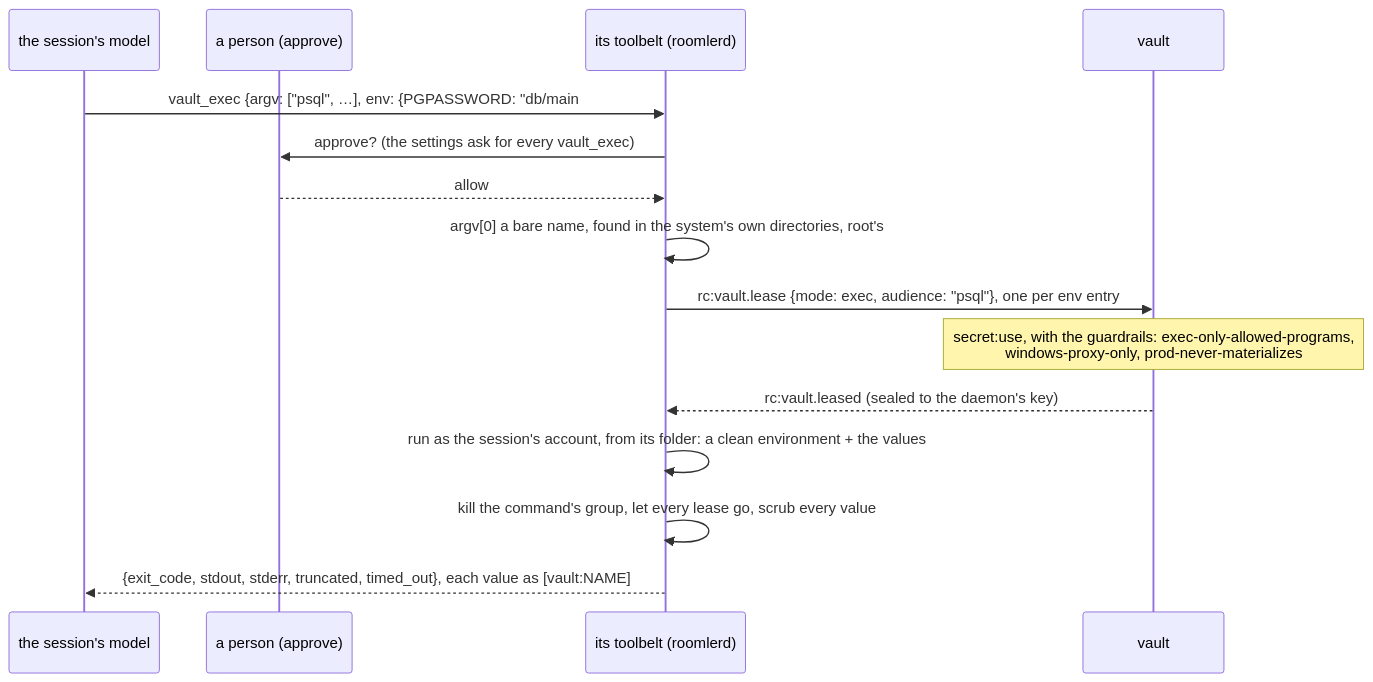
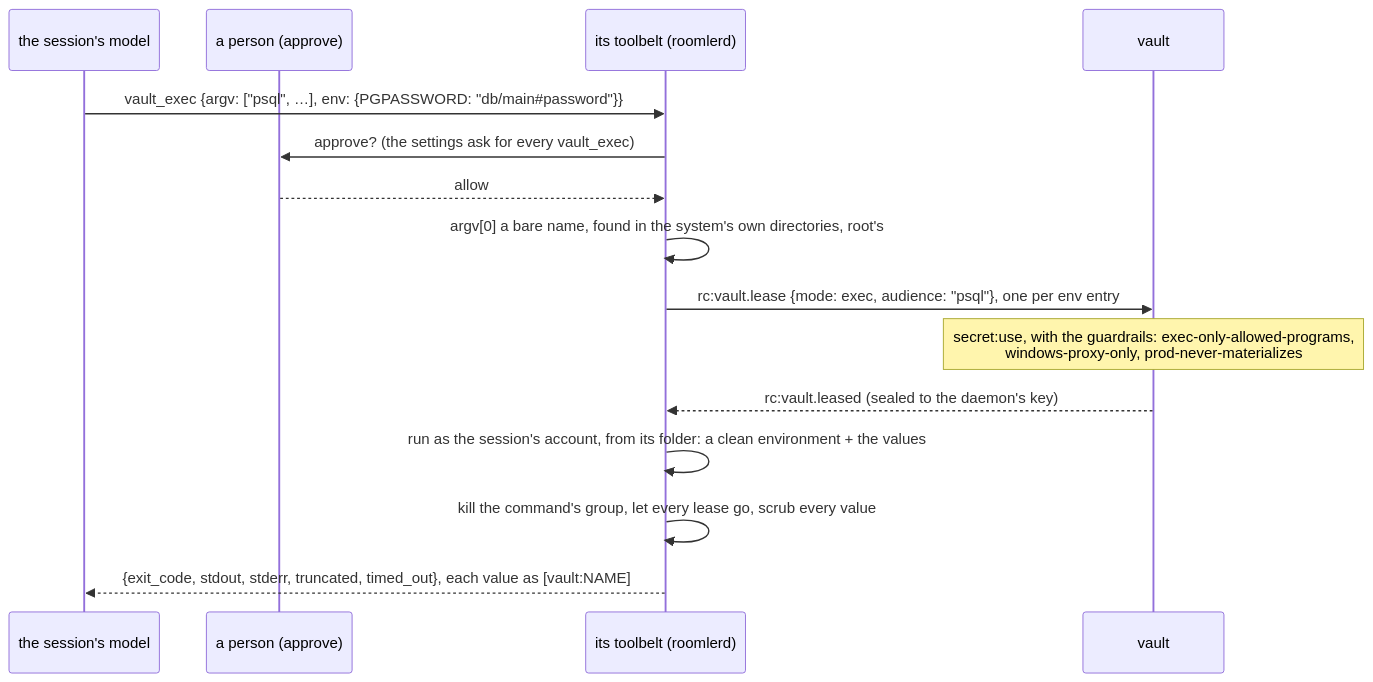
Before and after one commit to gjovanov/roomler-ai: the ninth of 28 diagrams in docs/vault.md, drawn with Mermaid. The commit also changed other lines of this file and 25 other files, not shown here.

````diff
--- a/docs/vault.md
+++ b/docs/vault.md
@@ -821,17 +821,17 @@
 ```mermaid
 sequenceDiagram
     participant M as the session's model
     participant A as a person (approve)
     participant T as its toolbelt (roomlerd)
     participant V as vault
-    M->>T: vault_exec {argv: ["psql", …], env: {PGPASSWORD: "db/main#password"}}
+    M->>T: vault_exec {argv: ["psql", …], env: {PGPASSWORD: "db/main#35;password"}}
     T->>A: approve? (the settings ask for every vault_exec)
     A-->>T: allow
     T->>T: argv[0] a bare name, found in the system's own directories, root's
     T->>V: rc:vault.lease {mode: exec, audience: "psql"}, one per env entry
     Note over V: secret:use, with the guardrails: exec-only-allowed-programs,<br/>windows-proxy-only, prod-never-materializes
     V-->>T: rc:vault.leased (sealed to the daemon's key)
     T->>T: run as the session's account, from its folder: a clean environment + the values
     T->>T: kill the command's group, let every lease go, scrub every value
     T-->>M: {exit_code, stdout, stderr, truncated, timed_out}, each value as [vault:NAME]
 ```
````
